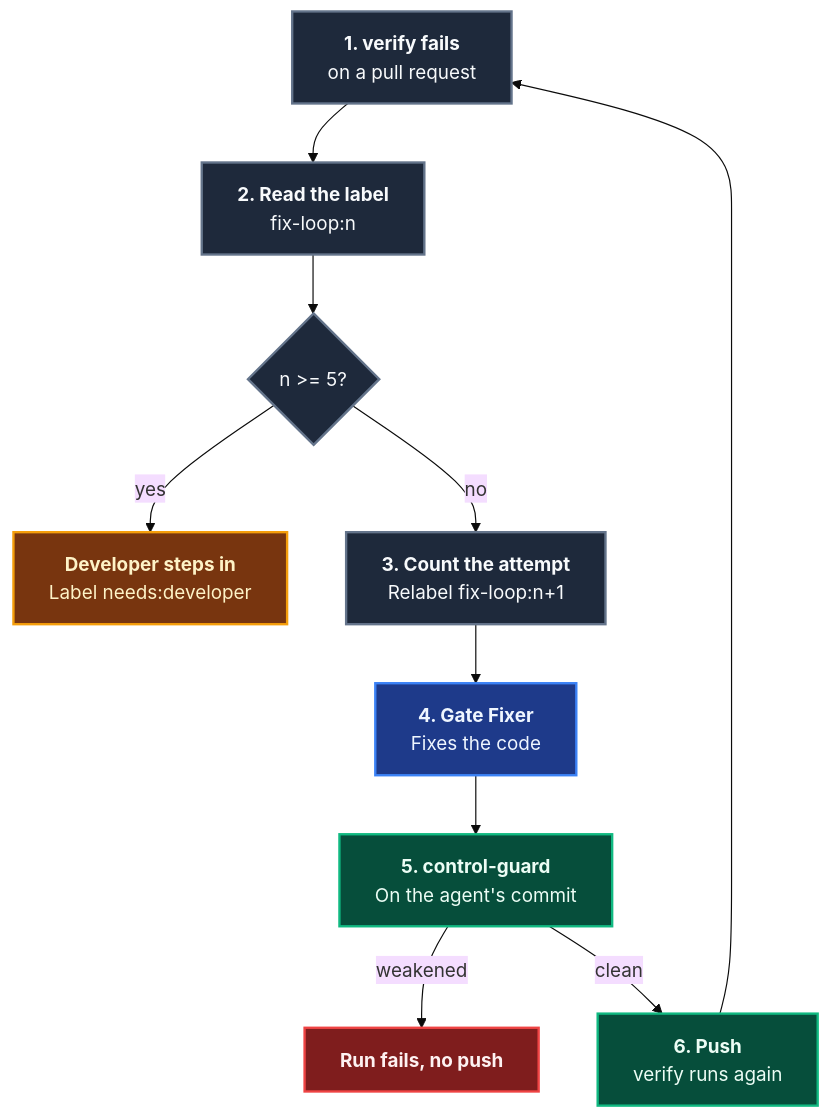
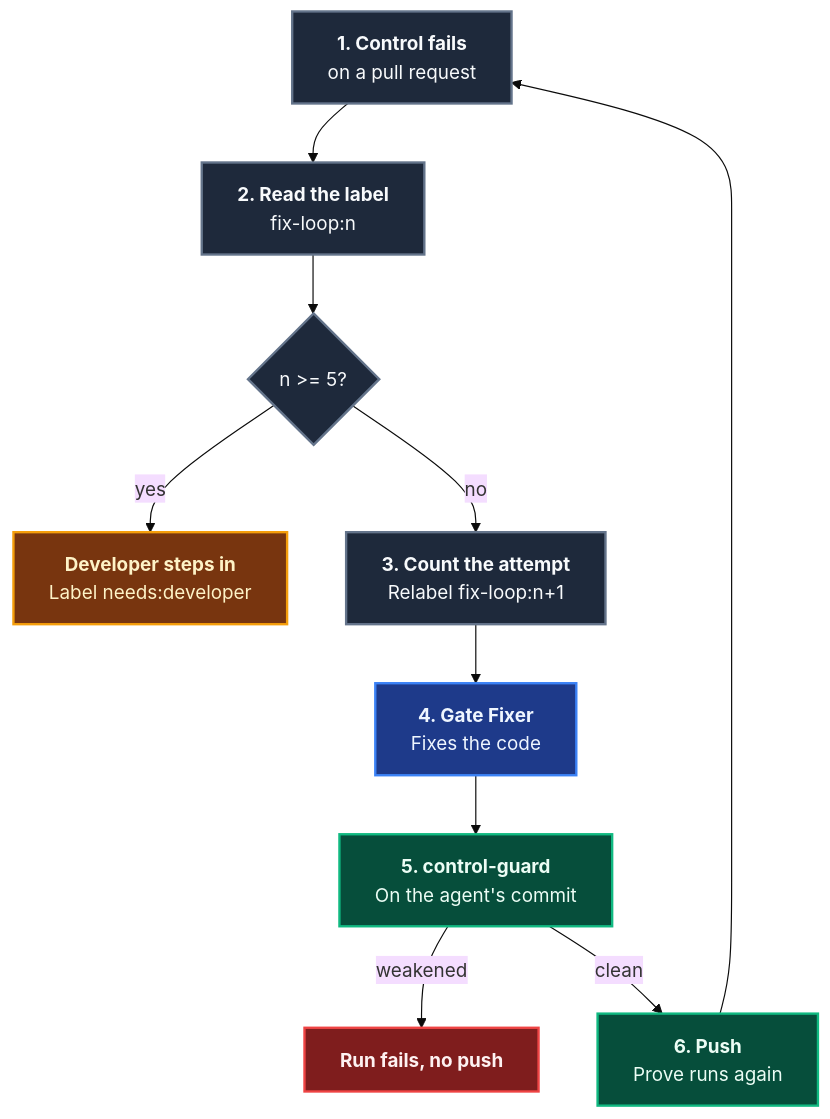
One commit to ALTEN-group/coding-pal changed the second of 2 diagrams in website/docs/guide/domain-prove.md. Above: the diagram before and after it, drawn with Mermaid (base theme). The commit also changed other lines of this file and 173 other files, not shown here.

````diff
--- a/website/docs/guide/domain-prove.md
+++ b/website/docs/guide/domain-prove.md
@@ -393,27 +184,27 @@
 ```mermaid
 ---
-caption: remediate.yml Fix-Loop
+caption: Auto-Remediation Fix-Loop
 ---
 flowchart TD
-    FAIL["<b>1. verify fails</b><br/>on a pull request"] --> CNT["<b>2. Read the label</b><br/>fix-loop:n"]
+    FAIL["<b>1. Control fails</b><br/>on a pull request"] --> CNT["<b>2. Read the label</b><br/>fix-loop:n"]
     CNT --> LIM{"n >= 5?"}
     LIM -->|"yes"| DEV["<b>Developer steps in</b><br/>Label needs:developer"]
     LIM -->|"no"| BUMP["<b>3. Count the attempt</b><br/>Relabel fix-loop:n+1"]
     BUMP --> GF["<b>4. Gate Fixer</b><br/>Fixes the code"]
     GF --> CG["<b>5. control-guard</b><br/>On the agent's commit"]
     CG -->|"weakened"| STOP["<b>Run fails, no push</b>"]
-    CG -->|"clean"| PUSH["<b>6. Push</b><br/>verify runs again"]
+    CG -->|"clean"| PUSH["<b>6. Push</b><br/>Prove runs again"]
     PUSH --> FAIL
 
     classDef input fill:#1e293b,stroke:#64748b,stroke-width:2px,color:#f8fafc;
     classDef agent fill:#1e3a8a,stroke:#3b82f6,stroke-width:2px,color:#eff6ff;
     classDef control fill:#064e3b,stroke:#10b981,stroke-width:2px,color:#ecfdf5;
     classDef human fill:#78350f,stroke:#f59e0b,stroke-width:2px,color:#fef3c7;
     classDef fix fill:#7f1d1d,stroke:#ef4444,stroke-width:2px,color:#fef2f2;
 
     class FAIL,CNT,LIM,BUMP input;
     class GF agent;
     class CG,PUSH control;
     class DEV human;
     class STOP fix;
 ```
````
